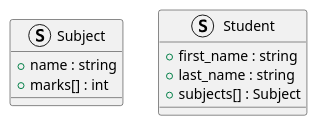
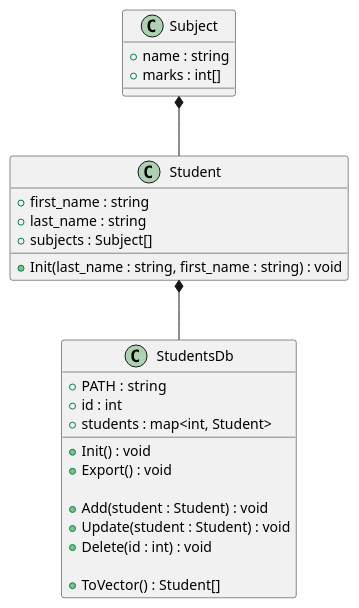
Before and after one commit to it-top-shambala/Students_2: the diagram in struct_diagram.puml, drawn with PlantUML. The commit also changed 4 other files, not shown here.

```diff
--- a/struct_diagram.puml
+++ b/struct_diagram.puml
@@ -1,15 +1,32 @@
 @startuml
 'https://plantuml.com/class-diagram
 
-struct Subject {
+class Subject {
 + name : string
-+ marks[] : int
++ marks : int[]
 }
 
-struct Student {
+Subject *-- Student
+class Student {
 + first_name : string
 + last_name : string
-+ subjects[] : Subject
++ subjects : Subject[]
++ Init(last_name : string, first_name : string) : void
 }
 
+Student *-- StudentsDb
+class StudentsDb {
++ PATH : string
++ id : int
++ students : map<int, Student>
+
++ Init() : void
++ Export() : void
+
++ Add(student : Student) : void
++ Update(student : Student) : void
++ Delete(id : int) : void
+
++ ToVector() : Student[]
+}
 @enduml
```
